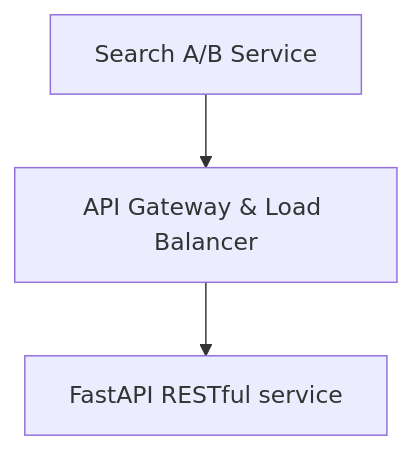
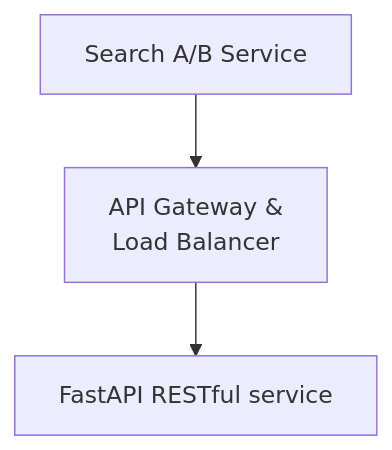
One commit to caiferris/qtact changed the diagram in osprey_search_ARCHITECTURE.md. Above: the diagram before and after it, drawn with Mermaid.

Commit message:
Updated osprey doc

````diff
--- a/osprey_search_ARCHITECTURE.md
+++ b/osprey_search_ARCHITECTURE.md
@@ -45,7 +45,7 @@
 ```mermaid
 flowchart 
   query["Search A/B Service"]
-  load_balancer["API Gateway & Load Balancer"]
+  load_balancer["API Gateway &\n Load Balancer"]
   api_server["FastAPI RESTful service"]
   query --> load_balancer --> api_server
 ```
````
